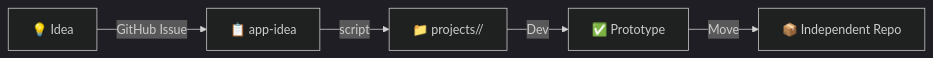
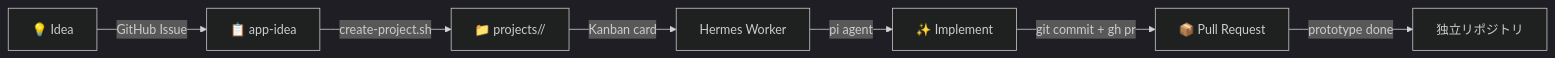
One commit to dohzoh/hermes-integrations changed the second of 2 diagrams in README.md. Above: the diagram before and after it, drawn with Mermaid (dark theme). The commit also changed other lines of this file, not shown here.

First line of the commit message:
Add architecture docs: Hermes Kanban + pi agent + OpenCode Zen

````diff
--- a/README.md
+++ b/README.md
@@ -7,7 +36,9 @@
 ```mermaid
 flowchart LR
   A[💡 Idea] -->|GitHub Issue| B[📋 app-idea]
-  B -->|script| C[📁 projects/<name>/]
-  C -->|Dev| D[✅ Prototype]
-  D -->|Move| E[📦 Independent Repo]
+  B -->|create-project.sh| C[📁 projects/<name>/]
+  C -->|Kanban card| D[Hermes Worker]
+  D -->|pi agent| E[✨ Implement]
+  E -->|git commit + gh pr| F[📦 Pull Request]
+  F -->|prototype done| G[独立リポジトリ]
 ```
````
